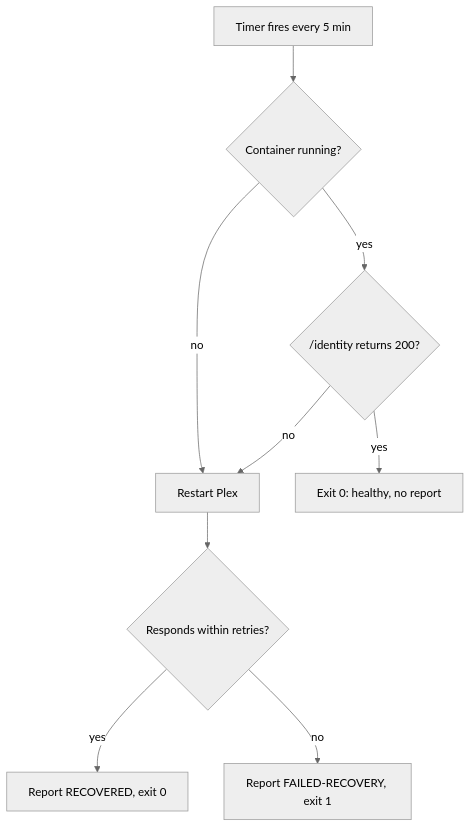
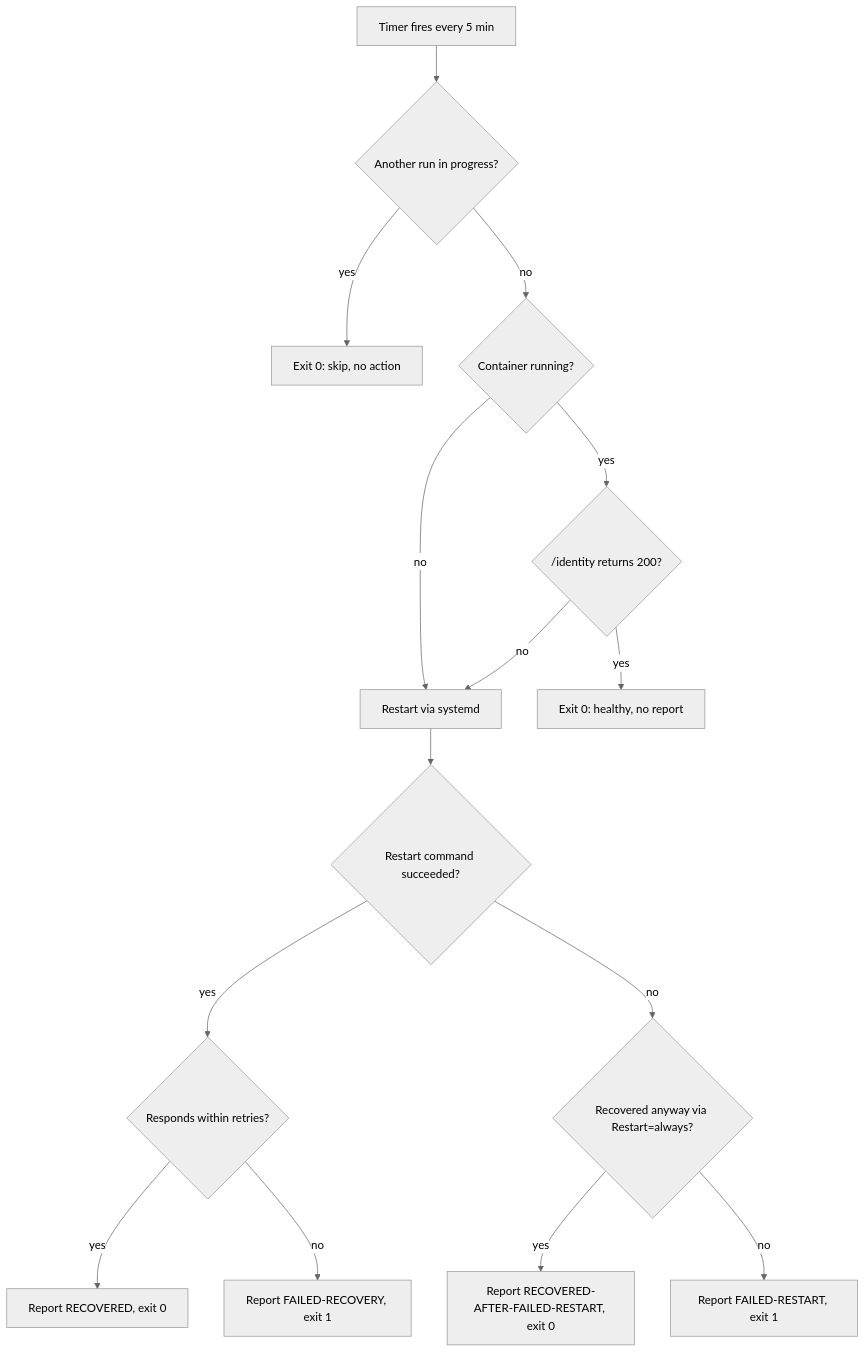
One commit to adr41n/podman-infra changed the diagram in PLEX-HEALTHCHECK.md. Above: the diagram before and after it, drawn with Mermaid (neutral theme). The commit also changed other lines of this file and 1 other file, not shown here.

````diff
--- a/PLEX-HEALTHCHECK.md
+++ b/PLEX-HEALTHCHECK.md
@@ -38,11 +42,17 @@
 ```mermaid
 flowchart TD
-  A[Timer fires every 5 min] --> B{Container running?}
-  B -- no --> R[Restart Plex]
+  A[Timer fires every 5 min] --> L{Another run in progress?}
+  L -- yes --> SKIP[Exit 0: skip, no action]
+  L -- no --> B{Container running?}
+  B -- no --> R[Restart via systemd]
   B -- yes --> C{/identity returns 200?}
   C -- yes --> OK[Exit 0: healthy, no report]
   C -- no --> R
-  R --> W{Responds within retries?}
+  R --> RC{Restart command succeeded?}
+  RC -- yes --> W{Responds within retries?}
+  RC -- no --> W2{Recovered anyway via Restart=always?}
   W -- yes --> REC[Report RECOVERED, exit 0]
   W -- no --> FAIL[Report FAILED-RECOVERY, exit 1]
+  W2 -- yes --> REC2[Report RECOVERED-AFTER-FAILED-RESTART, exit 0]
+  W2 -- no --> FAIL2[Report FAILED-RESTART, exit 1]
 ```
````
